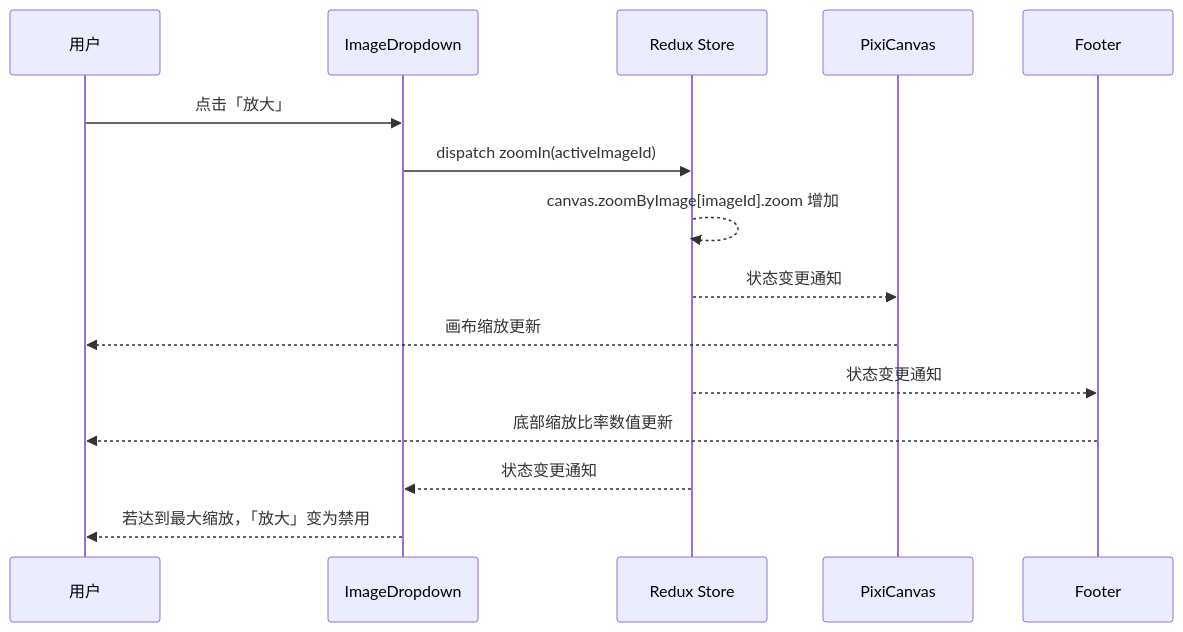
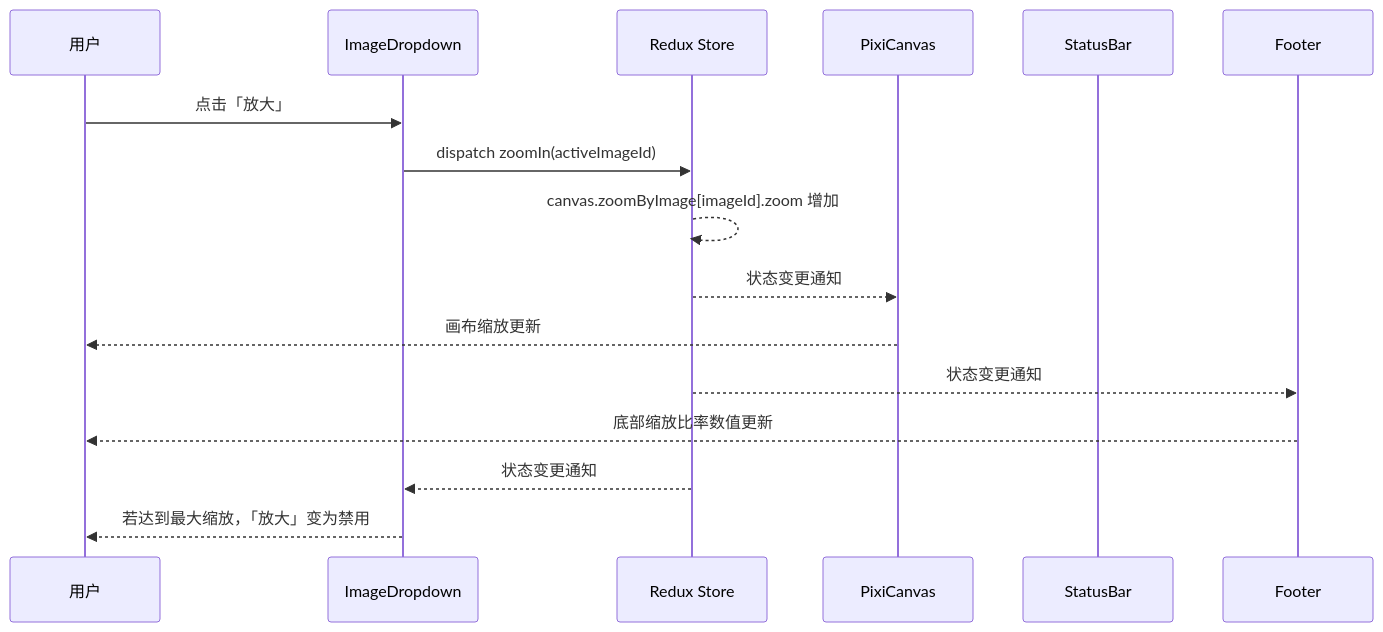
One commit to kampfer/trae-image-marker changed the fifth of 8 diagrams in doc/技术设计/表现层设计.md. Above: the diagram before and after it, drawn with Mermaid. The commit also changed other lines of this file and 10 other files, not shown here.

````diff
--- a/doc/技术设计/表现层设计.md
+++ b/doc/技术设计/表现层设计.md
@@ -341,18 +317,18 @@
 ```mermaid
 sequenceDiagram
     participant User as 用户
     participant ImageDropdown as ImageDropdown
     participant Redux as Redux Store
     participant Canvas as PixiCanvas
-    participant Footer as Footer
+    participant StatusBar as StatusBar
 
     User->>ImageDropdown: 点击「放大」
     ImageDropdown->>Redux: dispatch zoomIn(activeImageId)
     Redux-->>Redux: canvas.zoomByImage[imageId].zoom 增加
     Redux-->>Canvas: 状态变更通知
     Canvas-->>User: 画布缩放更新
     Redux-->>Footer: 状态变更通知
     Footer-->>User: 底部缩放比率数值更新
     Redux-->>ImageDropdown: 状态变更通知
     ImageDropdown-->>User: 若达到最大缩放，「放大」变为禁用
 ```
````
